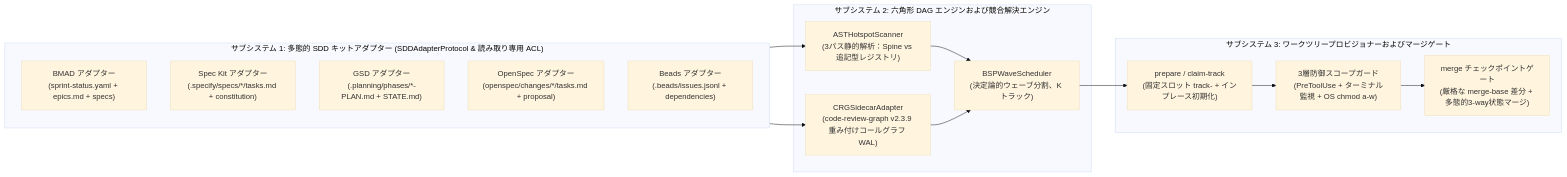
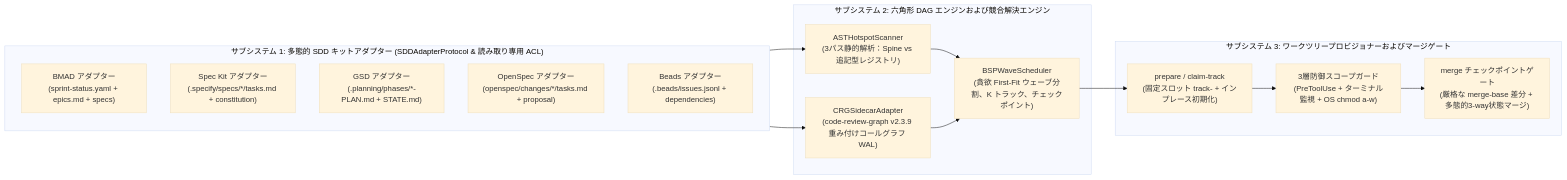
One commit to stopActingSoSmall/sdd-parallel changed the diagram in docs/i18n/ja/ARCHITECTURE.md. Above: the diagram before and after it, drawn with Mermaid (base theme). The commit also changed other lines of this file and 31 other files, not shown here.

````diff
--- a/docs/i18n/ja/ARCHITECTURE.md
+++ b/docs/i18n/ja/ARCHITECTURE.md
@@ -23,27 +23,27 @@
 ```mermaid
 flowchart LR
     subgraph Adapters["サブシステム 1: 多態的 SDD キットアダプター (SDDAdapterProtocol & 読み取り専用 ACL)"]
         A1["BMAD アダプター\n(sprint-status.yaml + epics.md + specs)"]
         A2["Spec Kit アダプター\n(.specify/specs/*/tasks.md + constitution)"]
         A3["GSD アダプター\n(.planning/phases/*-PLAN.md + STATE.md)"]
         A4["OpenSpec アダプター\n(openspec/changes/*/tasks.md + proposal)"]
         A5["Beads アダプター\n(.beads/issues.jsonl + dependencies)"]
     end
 
     subgraph Engine["サブシステム 2: 六角形 DAG エンジンおよび競合解決エンジン"]
         E1["ASTHotspotScanner\n(3パス静的解析：Spine vs 追記型レジストリ)"]
         E2["CRGSidecarAdapter\n(code-review-graph v2.3.9 重み付けコールグラフ WAL)"]
-        E3["BSPWaveScheduler\n(決定論的ウェーブ分割、K トラック)"]
+        E3["BSPWaveScheduler\n(貪欲 First-Fit ウェーブ分割、K トラック、チェックポイント)"]
     end
 
     subgraph Actuation["サブシステム 3: ワークツリープロビジョナーおよびマージゲート"]
         W1["prepare / claim-track\n(固定スロット track-<id> + インプレース初期化)"]
         W2["3層防御スコープガード\n(PreToolUse + ターミナル監視 + OS chmod a-w)"]
         W3["merge チェックポイントゲート\n(厳格な merge-base 差分 + 多態的3-way状態マージ)"]
     end
 
     Adapters --> E1 & E2
     E1 & E2 --> E3
     E3 --> W1
     W1 --> W2 --> W3
 ```
````
